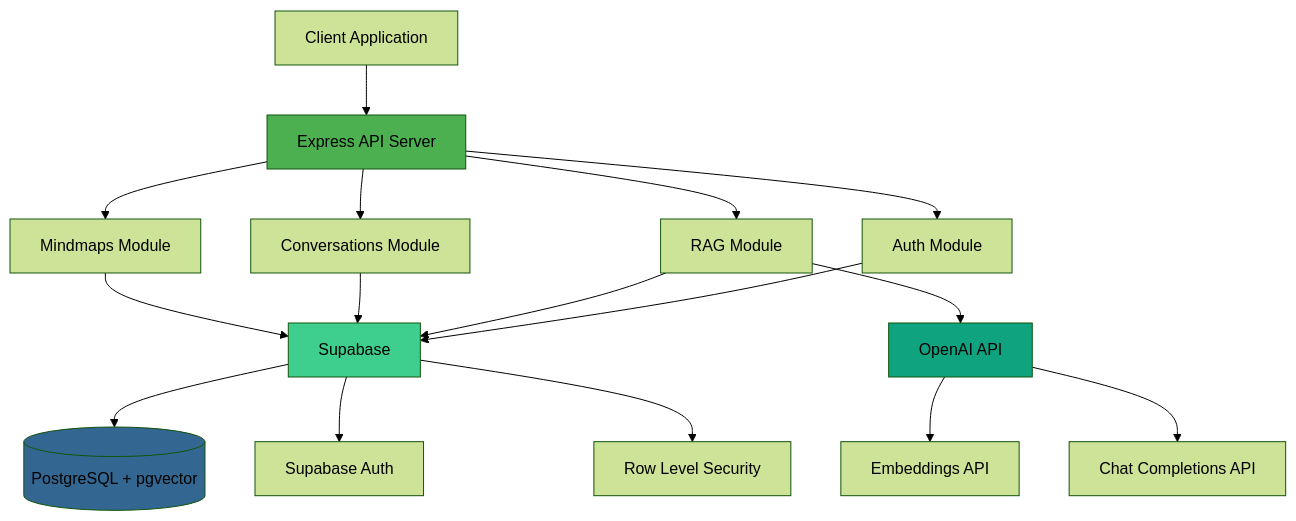
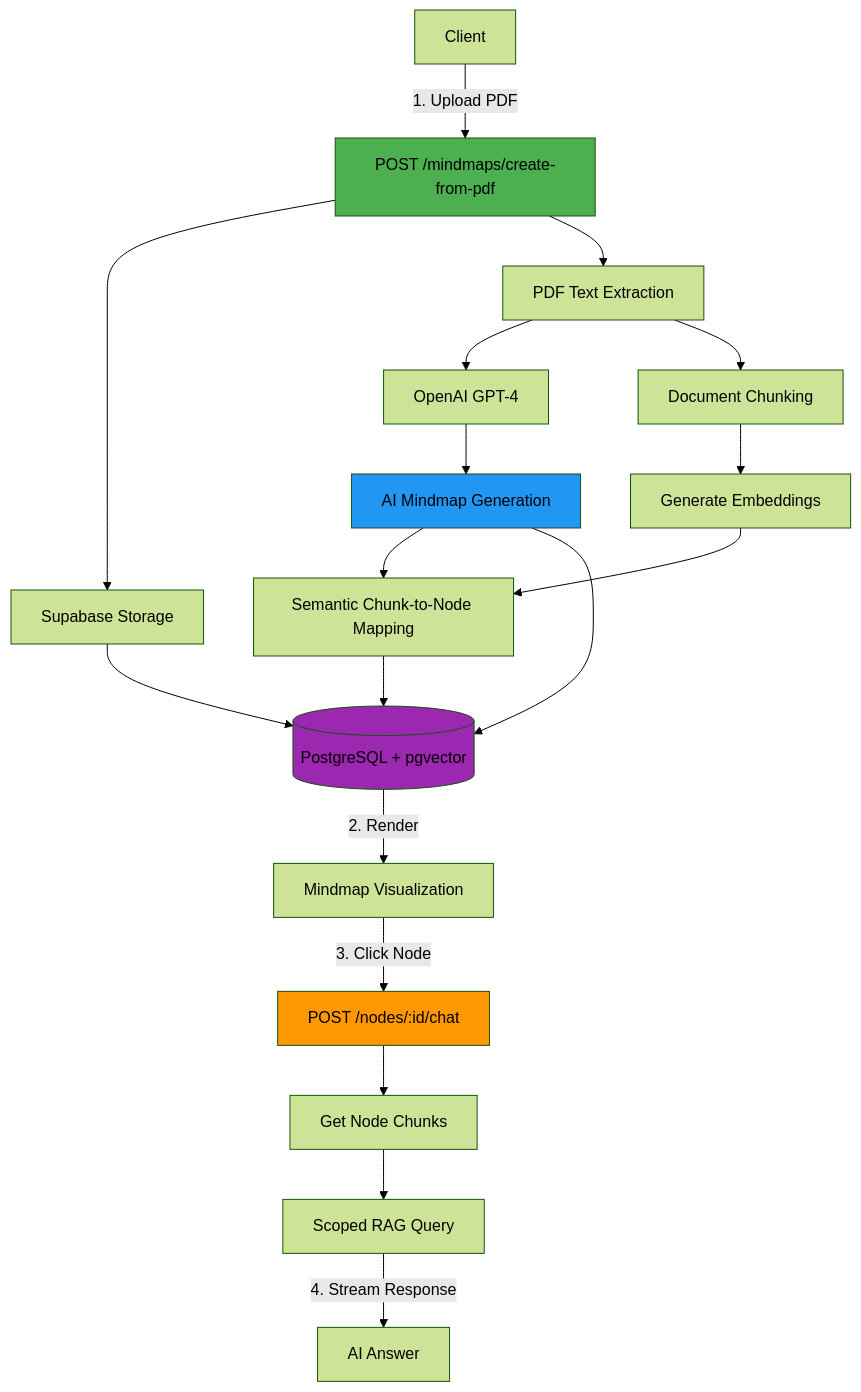
The diagram in README.md (nmnguyen130/mindmap-backend), drawn with Mermaid (forest theme) before and after one commit. The commit also changed other lines of this file and 11 other files, not shown here.

Commit message:
fix(mindmaps): better workflow and generate mindmap

````diff
--- a/README.md
+++ b/README.md
@@ -7,28 +7,31 @@
 ```mermaid
-graph TB
-    Client[Client Application] --> API[Express API Server]
-    
-    API --> Auth[Auth Module]
-    API --> RAG[RAG Module]
-    API --> Conv[Conversations Module]
-    API --> Mind[Mindmaps Module]
-    
-    Auth --> SB[Supabase]
-    RAG --> SB
-    Conv --> SB
-    Mind --> SB
-    
-    RAG --> OAI[OpenAI API]
-    
-    SB --> PG[(PostgreSQL + pgvector)]
-    SB --> AuthS[Supabase Auth]
-    SB --> RLS[Row Level Security]
-    
-    OAI --> Embed[Embeddings API]
-    OAI --> Chat[Chat Completions API]
-    
+flowchart TB
+    User[Client] -->|1. Upload PDF| API[POST /mindmaps/create-from-pdf]
+
+    API --> Store[Supabase Storage]
+    API --> Parse[PDF Text Extraction]
+
+    Parse --> LLM[OpenAI GPT-4]
+    LLM --> Mindmap[AI Mindmap Generation]
+
+    Parse --> Chunk[Document Chunking]
+    Chunk --> Embed[Generate Embeddings]
+
+    Mindmap --> Map[Semantic Chunk-to-Node Mapping]
+    Embed --> Map
+
+    Map --> DB[(PostgreSQL + pgvector)]
+    Store --> DB
+    Mindmap --> DB
+
+    DB -->|2. Render| Frontend[Mindmap Visualization]
+    Frontend -->|3. Click Node| NodeAPI[POST /nodes/:id/chat]
+    NodeAPI --> Retrieve[Get Node Chunks]
+    Retrieve --> RAG[Scoped RAG Query]
+    RAG -->|4. Stream Response| Answer[AI Answer]
+
     style API fill:#4CAF50
-    style SB fill:#3ECF8E
-    style OAI fill:#10A37F
-    style PG fill:#336791
+    style Mindmap fill:#2196F3
+    style NodeAPI fill:#FF9800
+    style DB fill:#9C27B0
 ```
````
